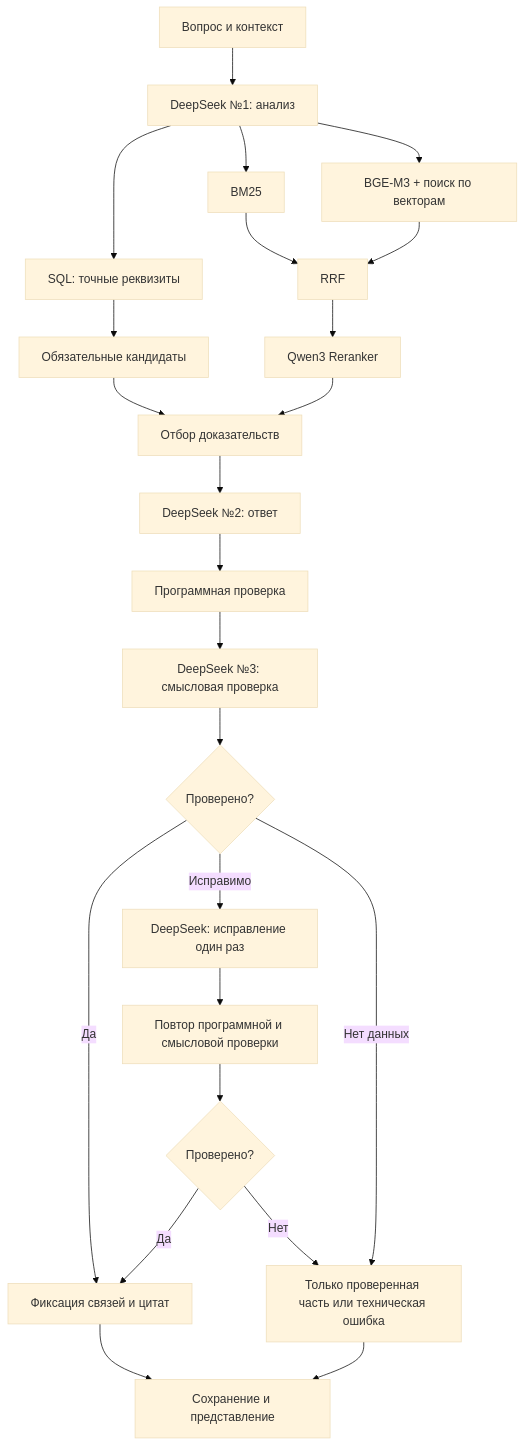
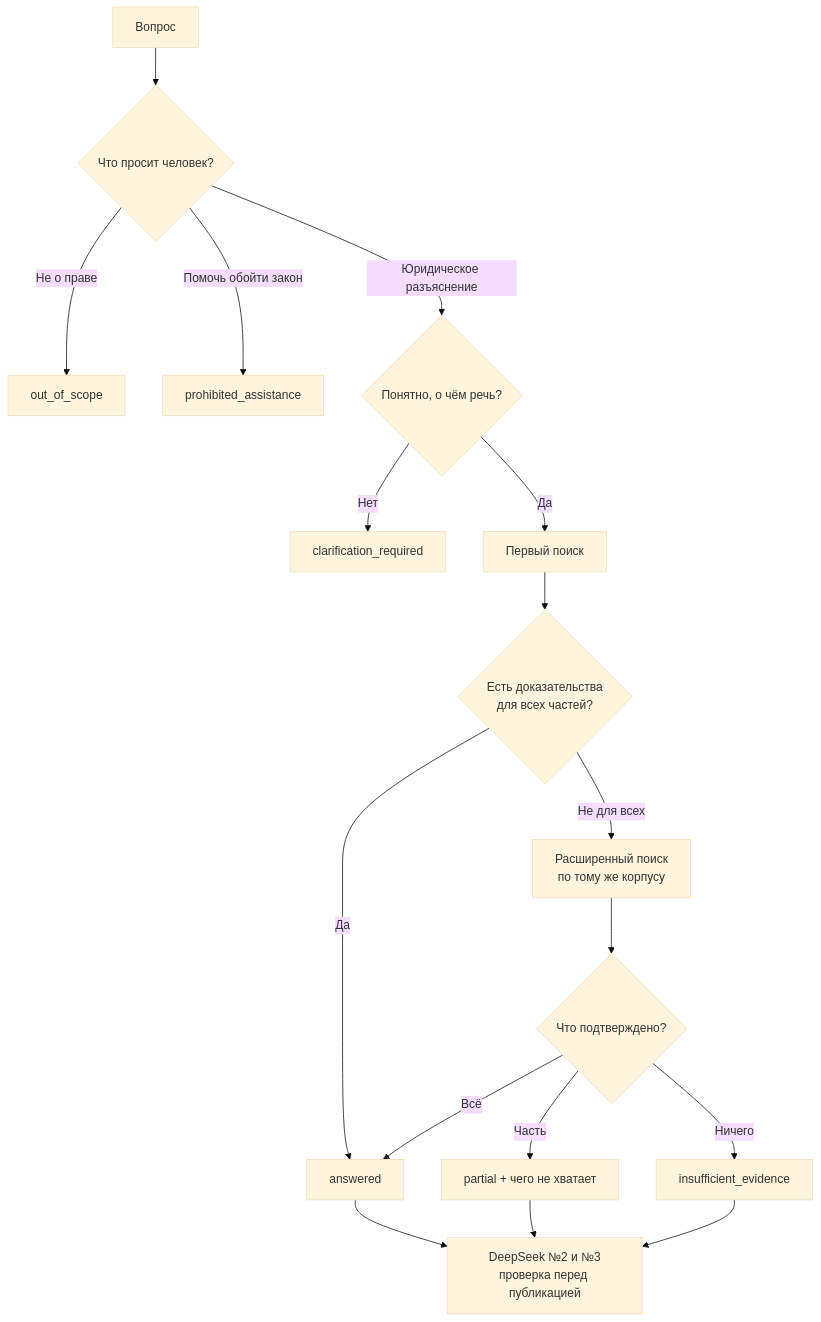
The fifth of 7 diagrams in docs/ARCHITECTURE.md (WeinerGero/legal-AI-assistant), drawn with Mermaid (base theme) before and after one commit. The commit also changed other lines of this file, not shown here.

Commit message:
участник-1: документация — новая версия ARCHITECTURE.md (v1.4) в dev

````diff
--- a/docs/ARCHITECTURE.md
+++ b/docs/ARCHITECTURE.md
@@ -109,26 +306,19 @@
 ```mermaid
 flowchart TD
-  IN[Вопрос и контекст] --> L1[DeepSeek №1: анализ]
-  L1 --> EX[SQL: точные реквизиты]
-  L1 --> TX[BM25]
-  L1 --> VE[BGE-M3 + поиск по векторам]
-  TX --> RRF[RRF]
-  VE --> RRF
-  EX --> LOCK[Обязательные кандидаты]
-  RRF --> RANK[Qwen3 Reranker]
-  LOCK --> SEL[Отбор доказательств]
-  RANK --> SEL
-  SEL --> L2[DeepSeek №2: ответ]
-  L2 --> CHECK[Программная проверка]
-  CHECK --> L3[DeepSeek №3: смысловая проверка]
-  L3 --> DEC{Проверено?}
-  DEC -->|Да| CITE[Фиксация связей и цитат]
-  DEC -->|Исправимо| REP[DeepSeek: исправление один раз]
-  REP --> RECHECK[Повтор программной и смысловой проверки]
-  RECHECK --> DEC2{Проверено?}
-  DEC2 -->|Да| CITE
-  DEC2 -->|Нет| SAFE[Только проверенная часть или техническая ошибка]
-  DEC -->|Нет данных| SAFE
-  CITE --> OUT[Сохранение и представление]
-  SAFE --> OUT
+    Q[Вопрос] --> T{Что просит человек?}
+    T -->|Не о праве| O[out_of_scope]
+    T -->|Помочь обойти закон| P[prohibited_assistance]
+    T -->|Юридическое разъяснение| A{Понятно, о чём речь?}
+    A -->|Нет| C[clarification_required]
+    A -->|Да| S[Первый поиск]
+    S --> E{Есть доказательства<br/>для всех частей?}
+    E -->|Да| AN[answered]
+    E -->|Не для всех| S2[Расширенный поиск<br/>по тому же корпусу]
+    S2 --> F{Что подтверждено?}
+    F -->|Всё| AN
+    F -->|Часть| PA[partial + чего не хватает]
+    F -->|Ничего| N[insufficient_evidence]
+    AN --> CH[DeepSeek №2 и №3<br/>проверка перед публикацией]
+    PA --> CH
+    N --> CH
 ```
````
